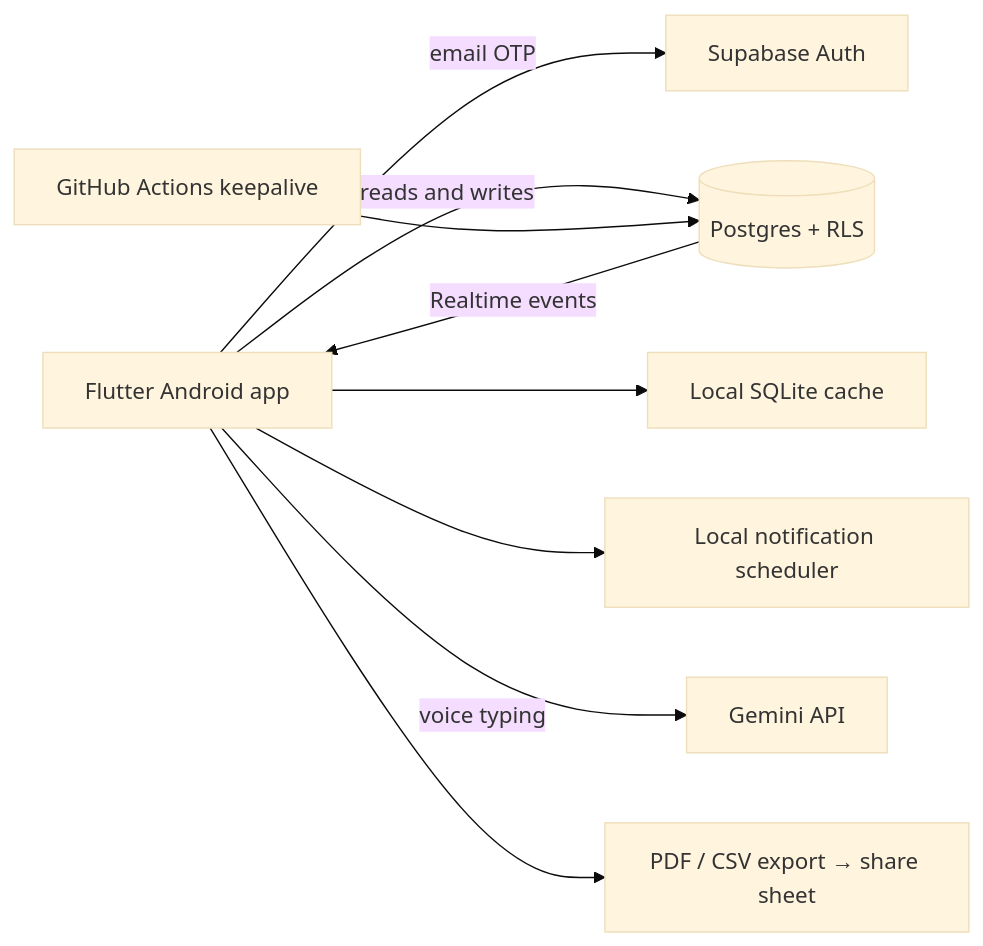
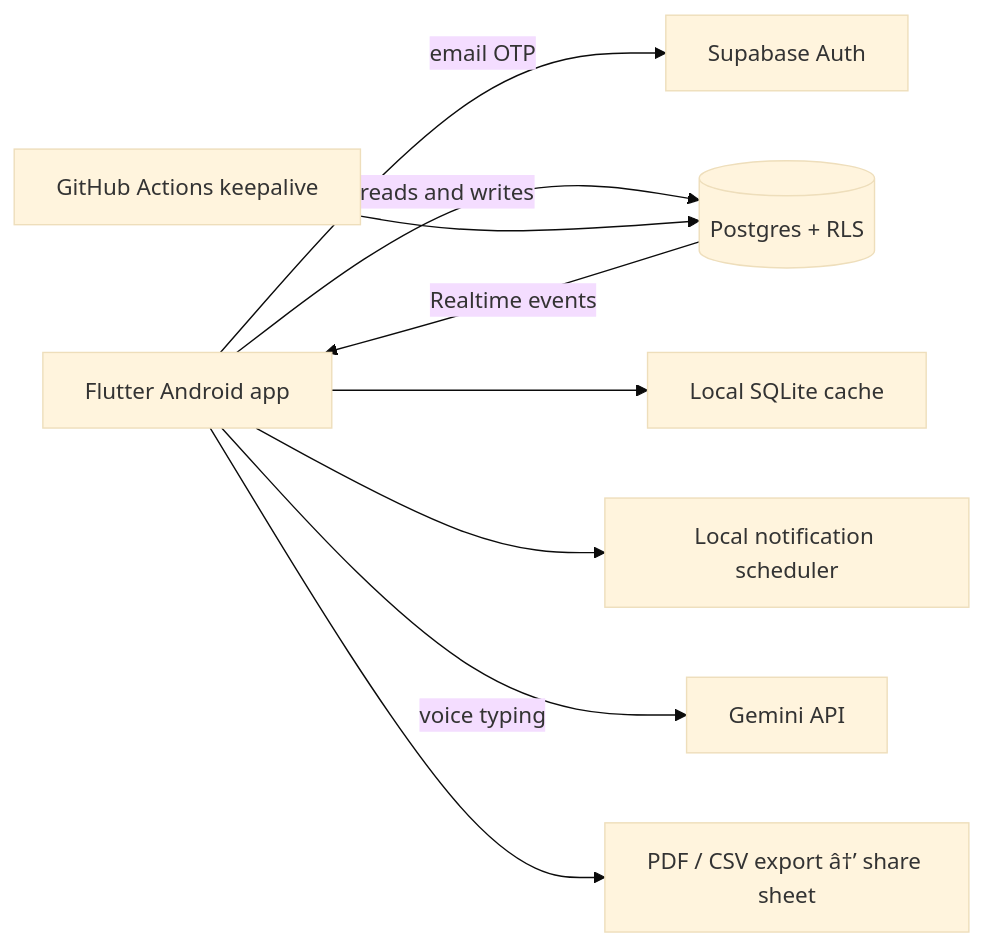
Before and after one commit to LeopoldTydtgat/ats-field-ops-showcase: the diagram in README.md, drawn with Mermaid (base theme). The commit also changed other lines of this file, not shown here.

````diff
--- a/README.md
+++ b/README.md
@@ -33,11 +33,11 @@
 ```mermaid
 flowchart LR
     A[Flutter Android app] -->|email OTP| B[Supabase Auth]
     A -->|reads and writes| C[(Postgres + RLS)]
     C -->|Realtime events| A
     A --> D[Local SQLite cache]
     A --> E[Local notification scheduler]
     A -->|voice typing| F[Gemini API]
-    A --> G[PDF / CSV export → share sheet]
+    A --> G[PDF / CSV export â†’ share sheet]
     H[GitHub Actions keepalive] --> C
 ```
````
